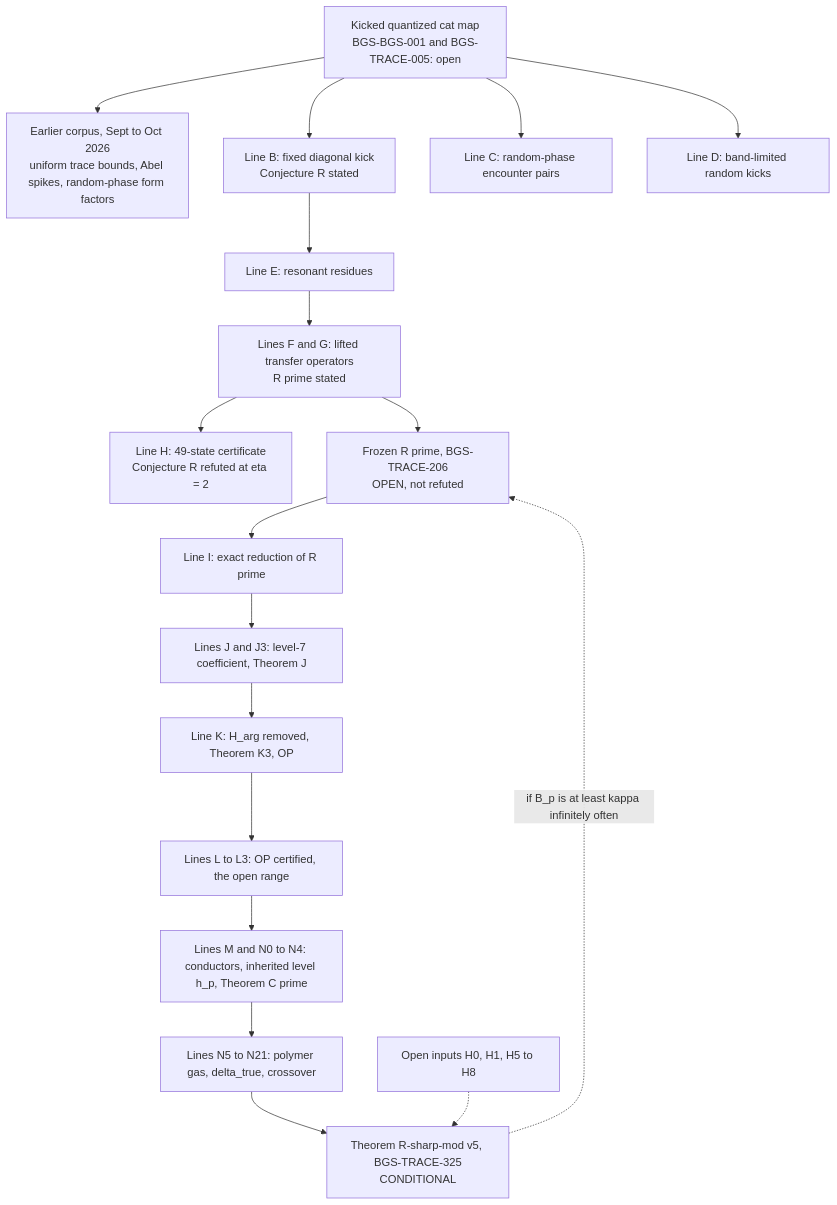
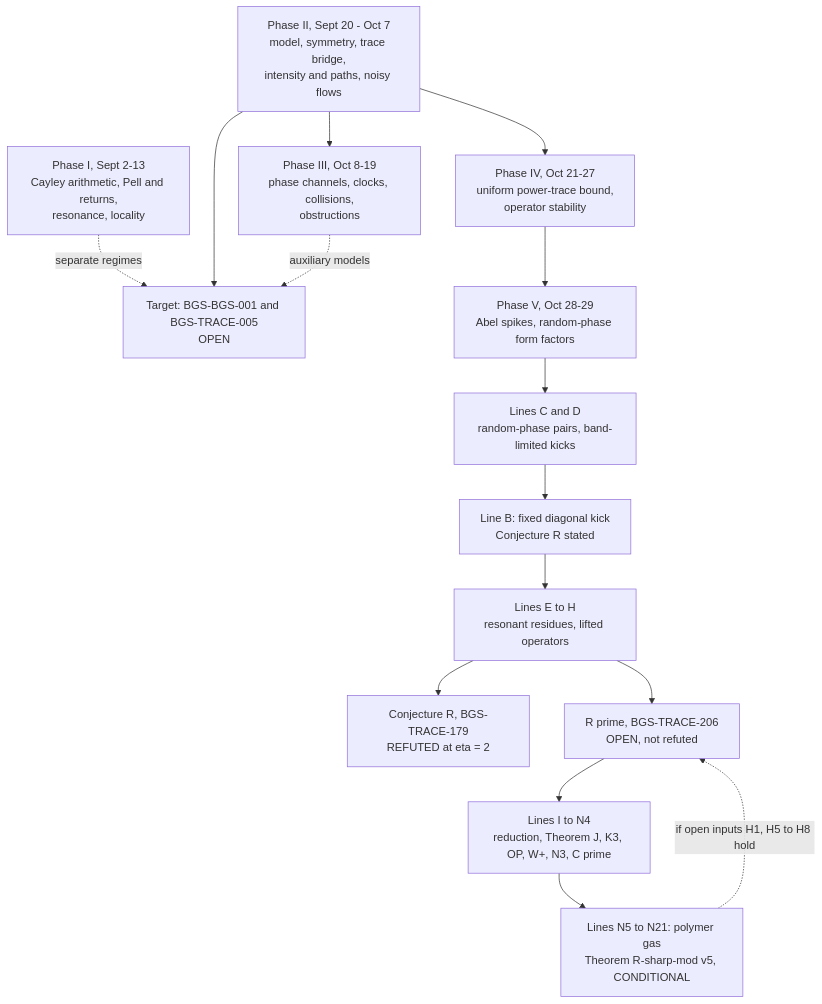
The diagram in README.md (ChurilovMaksim/BGS), drawn with Mermaid before and after one commit. The commit also changed other lines of this file and 29 other files, not shown here.

````diff
--- a/README.md
+++ b/README.md
@@ -162,29 +291,27 @@
 ```mermaid
 flowchart TD
-  MODEL["Kicked quantized cat map<br/>BGS-BGS-001 and BGS-TRACE-005: open"]
-  EARLY["Earlier corpus, Sept to Oct 2026<br/>uniform trace bounds, Abel spikes, random-phase form factors"]
+  T["Target: BGS-BGS-001 and BGS-TRACE-005<br/>OPEN"]
+  P1["Phase I, Sept 2-13<br/>Cayley arithmetic, Pell and returns,<br/>resonance, locality"]
+  P2["Phase II, Sept 20 - Oct 7<br/>model, symmetry, trace bridge,<br/>intensity and paths, noisy flows"]
+  P3["Phase III, Oct 8-19<br/>phase channels, clocks, collisions,<br/>obstructions"]
+  P4["Phase IV, Oct 21-27<br/>uniform power-trace bound,<br/>operator stability"]
+  P5["Phase V, Oct 28-29<br/>Abel spikes, random-phase form factors"]
+  CD["Lines C and D<br/>random-phase pairs, band-limited kicks"]
   B["Line B: fixed diagonal kick<br/>Conjecture R stated"]
-  C["Line C: random-phase encounter pairs"]
-  D["Line D: band-limited random kicks"]
-  E["Line E: resonant residues"]
-  FG["Lines F and G: lifted transfer operators<br/>R prime stated"]
-  H["Line H: 49-state certificate<br/>Conjecture R refuted at eta = 2"]
-  RP["Frozen R prime, BGS-TRACE-206<br/>OPEN, not refuted"]
-  I["Line I: exact reduction of R prime"]
-  J["Lines J and J3: level-7 coefficient, Theorem J"]
-  K["Line K: H_arg removed, Theorem K3, OP"]
-  L["Lines L to L3: OP certified, the open range"]
-  MN["Lines M and N0 to N4: conductors, inherited level h_p, Theorem C prime"]
-  GAS["Lines N5 to N21: polymer gas, delta_true, crossover"]
-  T["Theorem R-sharp-mod v5, BGS-TRACE-325<br/>CONDITIONAL"]
-  OPEN["Open inputs H0, H1, H5 to H8"]
-  MODEL --> EARLY
-  MODEL --> B
-  MODEL --> C
-  MODEL --> D
-  B --> E --> FG --> H
-  FG --> RP
-  RP --> I --> J --> K --> L --> MN --> GAS --> T
-  OPEN -.-> T
-  T -.->|"if B_p is at least kappa infinitely often"| RP
+  EH["Lines E to H<br/>resonant residues, lifted operators"]
+  R["Conjecture R, BGS-TRACE-179<br/>REFUTED at eta = 2"]
+  RP["R prime, BGS-TRACE-206<br/>OPEN, not refuted"]
+  IN["Lines I to N4<br/>reduction, Theorem J, K3, OP, W+, N3, C prime"]
+  GAS["Lines N5 to N21: polymer gas<br/>Theorem R-sharp-mod v5, CONDITIONAL"]
+  P1 -.->|"separate regimes"| T
+  P2 --> T
+  P2 --> P3
+  P2 --> P4
+  P3 -.->|"auxiliary models"| T
+  P4 --> P5
+  P5 --> CD --> B
+  B --> EH --> R
+  EH --> RP
+  RP --> IN --> GAS
+  GAS -.->|"if open inputs H1, H5 to H8 hold"| RP
 ```
````
